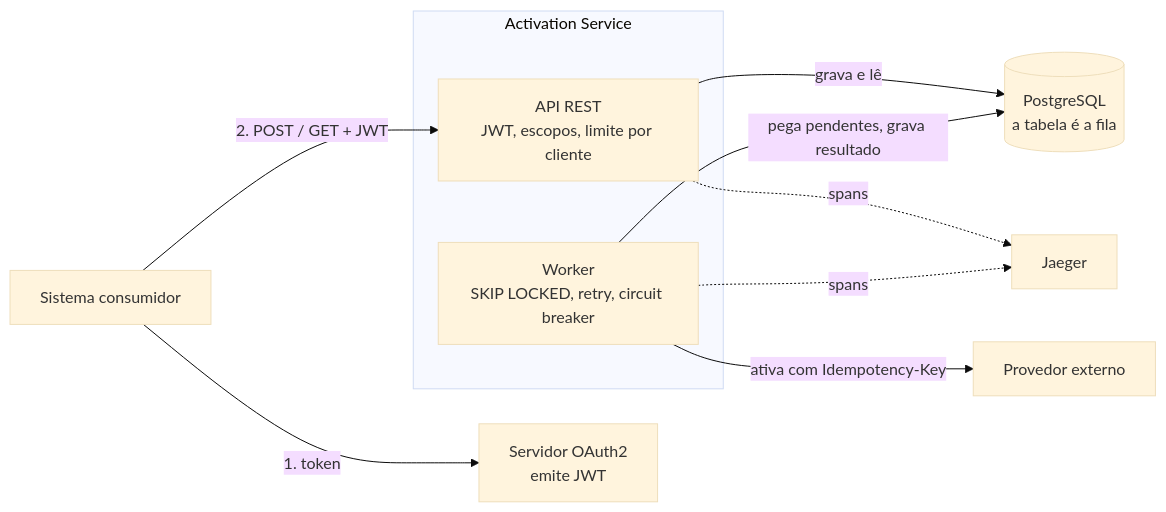
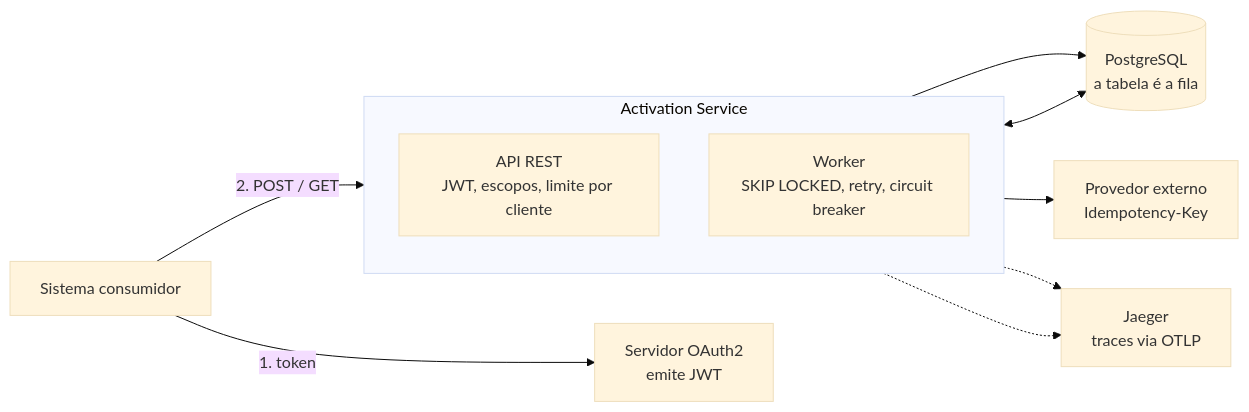
One commit to Luigicuri/luigicuri-activation-service changed the first of 2 diagrams in README.md. Above: the diagram before and after it, drawn with Mermaid (base theme).

Commit message:
docs(readme): simpler component diagram layout

````diff
--- a/README.md
+++ b/README.md
@@ -75,14 +75,20 @@
 ```mermaid
 flowchart LR
-    C["Sistema consumidor"] -- "1. token" --> A["Servidor OAuth2<br/>emite JWT"]
-    C -- "2. POST / GET + JWT" --> API
+    C["Sistema consumidor"]
+    A["Servidor OAuth2<br/>emite JWT"]
     subgraph S["Activation Service"]
+        direction TB
         API["API REST<br/>JWT, escopos, limite por cliente"]
         W["Worker<br/>SKIP LOCKED, retry, circuit breaker"]
     end
-    API -- "grava e lê" --> DB[("PostgreSQL<br/>a tabela é a fila")]
-    W -- "pega pendentes, grava resultado" --> DB
-    W -- "ativa com Idempotency-Key" --> P["Provedor externo"]
-    API -. "spans" .-> J["Jaeger"]
-    W -. "spans" .-> J
+    DB[("PostgreSQL<br/>a tabela é a fila")]
+    P["Provedor externo<br/>Idempotency-Key"]
+    J["Jaeger<br/>traces via OTLP"]
+    C -- "1. token" --> A
+    C -- "2. POST / GET" --> API
+    API --> DB
+    W <--> DB
+    W --> P
+    API -.-> J
+    W -.-> J
 ```
````
